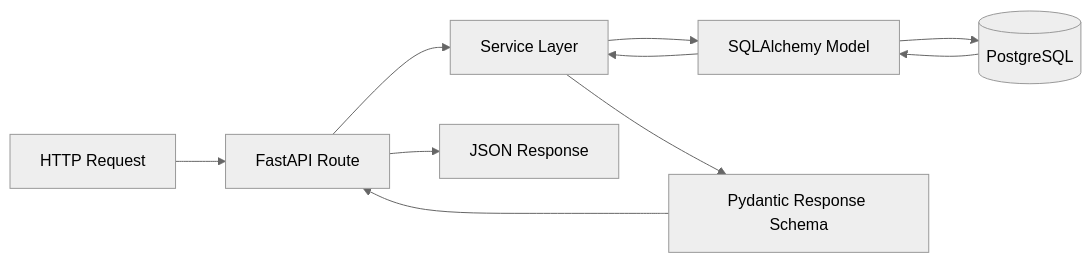
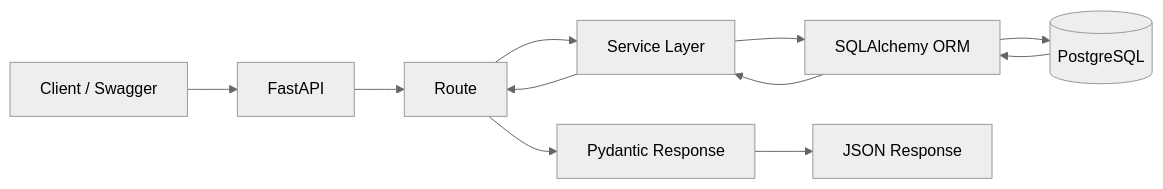
Before and after one commit to OjusGupta/Finsight: the second of 6 diagrams in README.md, drawn with Mermaid (neutral theme). The commit also changed other lines of this file and 67 other files, not shown here.

````diff
--- a/README.md
+++ b/README.md
@@ -136,12 +127,13 @@
 ```mermaid
 flowchart LR
-    R[HTTP Request] --> RT[FastAPI Route]
-    RT --> S[Service Layer]
-    S --> ORM[SQLAlchemy Model]
-    ORM --> DB[(PostgreSQL)]
-    DB --> ORM
-    ORM --> S
-    S --> P[Pydantic Response Schema]
-    P --> RT
-    RT --> RS[JSON Response]
+    A[Client / Swagger] --> B[FastAPI]
+    B --> C[Route]
+    C --> D[Service Layer]
+    D --> E[SQLAlchemy ORM]
+    E --> F[(PostgreSQL)]
+    F --> E
+    E --> D
+    D --> C
+    C --> G[Pydantic Response]
+    G --> H[JSON Response]
 ```
````
